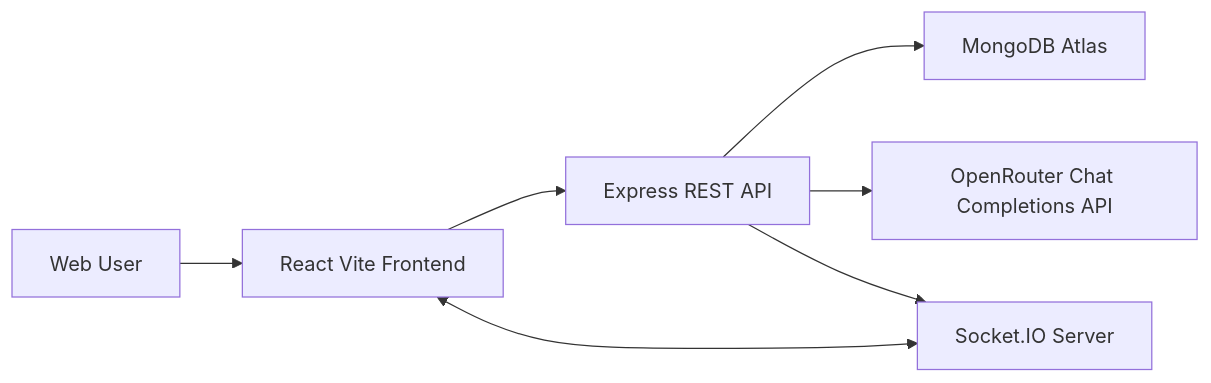
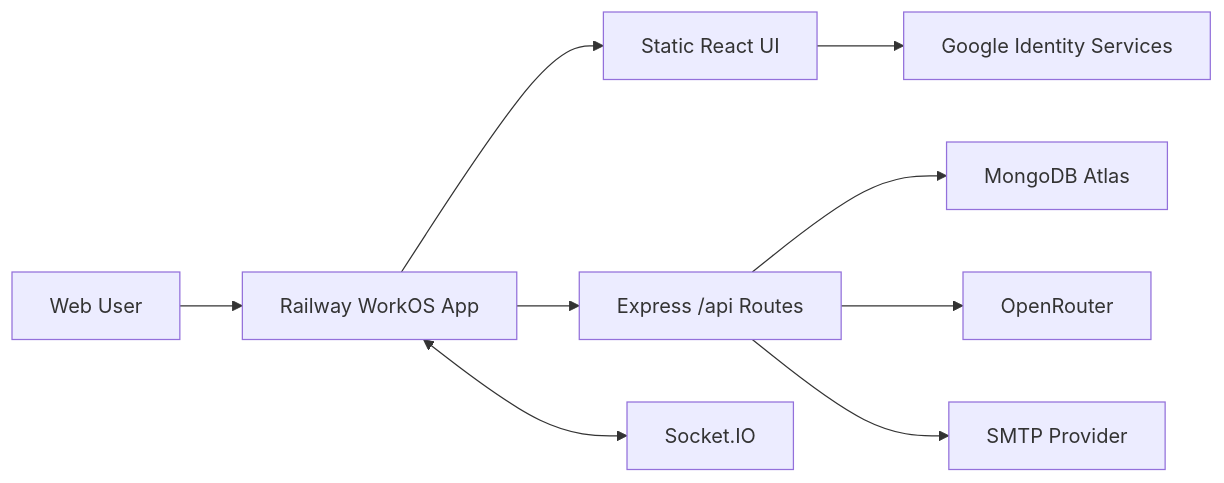
One commit to ashwanibaghel/WorkOS changed the diagram in docs/SRC.md. Above: the diagram before and after it, drawn with Mermaid. The commit also changed other lines of this file and 3 other files, not shown here.

````diff
--- a/docs/SRC.md
+++ b/docs/SRC.md
@@ -166,9 +219,11 @@
 ```mermaid
 flowchart LR
-  User["Web User"] --> Frontend["React Vite Frontend"]
-  Frontend --> API["Express REST API"]
-  Frontend <--> Socket["Socket.IO Server"]
+  User["Web User"] --> App["Railway WorkOS App"]
+  App --> React["Static React UI"]
+  App --> API["Express /api Routes"]
+  App <--> Socket["Socket.IO"]
   API --> Mongo["MongoDB Atlas"]
-  API --> OpenRouter["OpenRouter Chat Completions API"]
-  API --> Socket
+  API --> OpenRouter["OpenRouter"]
+  API --> SMTP["SMTP Provider"]
+  React --> Google["Google Identity Services"]
 ```
````
